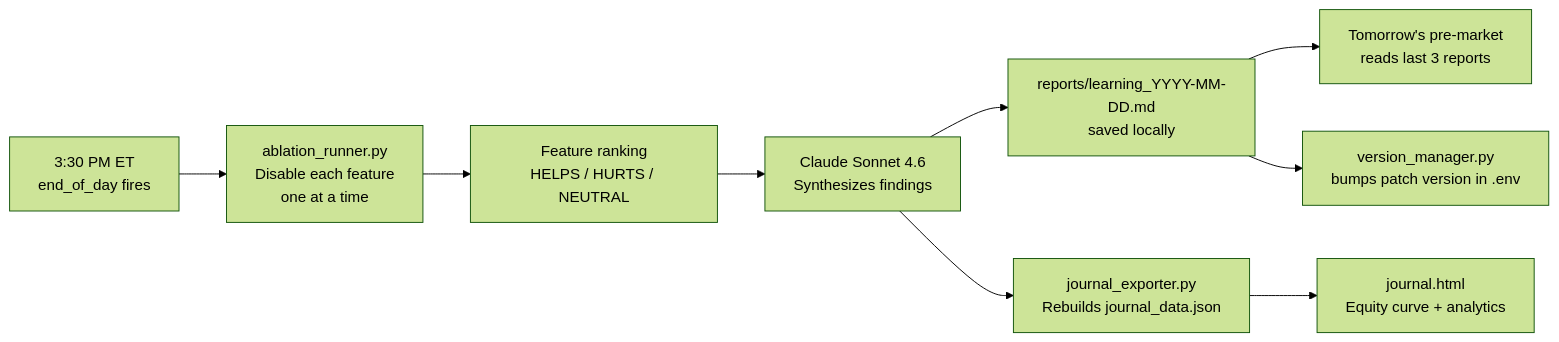
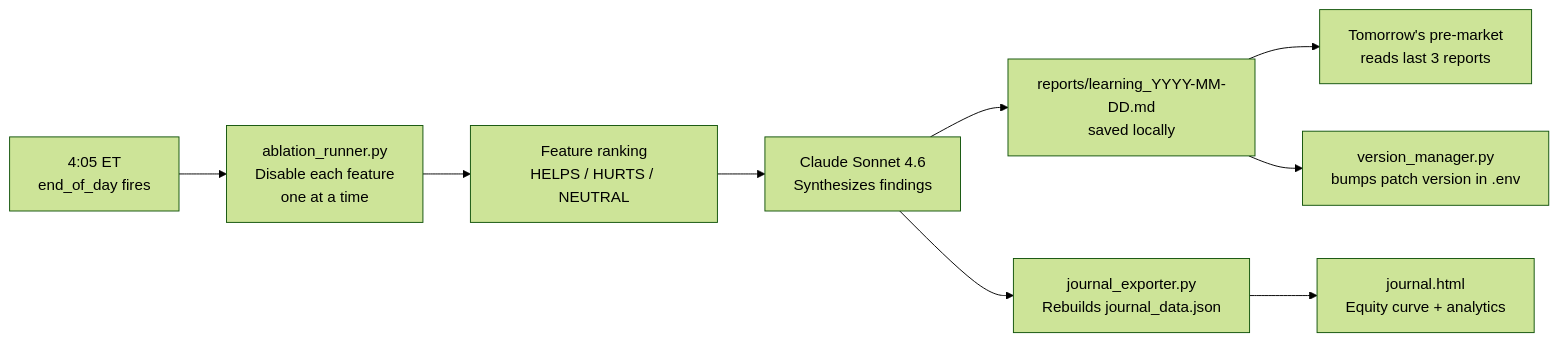
Before and after one commit to fgomecs/mnq-ai-trader: the fifth of 7 diagrams in README.md, drawn with Mermaid (forest theme). The commit also changed other lines of this file and 2 other files, not shown here.

````diff
--- a/README.md
+++ b/README.md
@@ -379,11 +451,11 @@
 ```mermaid
 flowchart LR
-    EOD[3:30 PM ET\nend_of_day fires] --> ABL[ablation_runner.py\nDisable each feature\none at a time]
+    EOD[4:05 ET\nend_of_day fires] --> ABL[ablation_runner.py\nDisable each feature\none at a time]
     ABL --> RANK[Feature ranking\nHELPS / HURTS / NEUTRAL]
     RANK --> SYN[Claude Sonnet 4.6\nSynthesizes findings]
     SYN --> RPT[reports/learning_YYYY-MM-DD.md\nsaved locally]
     RPT --> INJ[Tomorrow's pre-market\nreads last 3 reports]
     RPT --> VER[version_manager.py\nbumps patch version in .env]
     SYN --> JEX[journal_exporter.py\nRebuilds journal_data.json]
     JEX --> JHTML[journal.html\nEquity curve + analytics]
 ```
````
